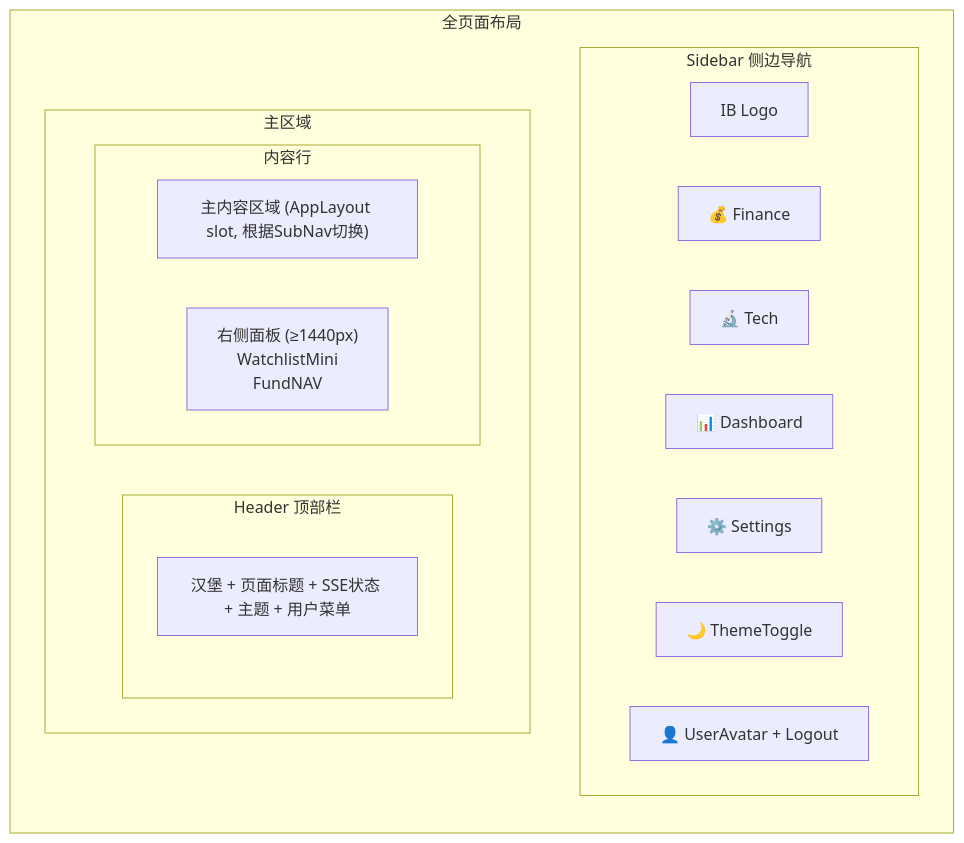
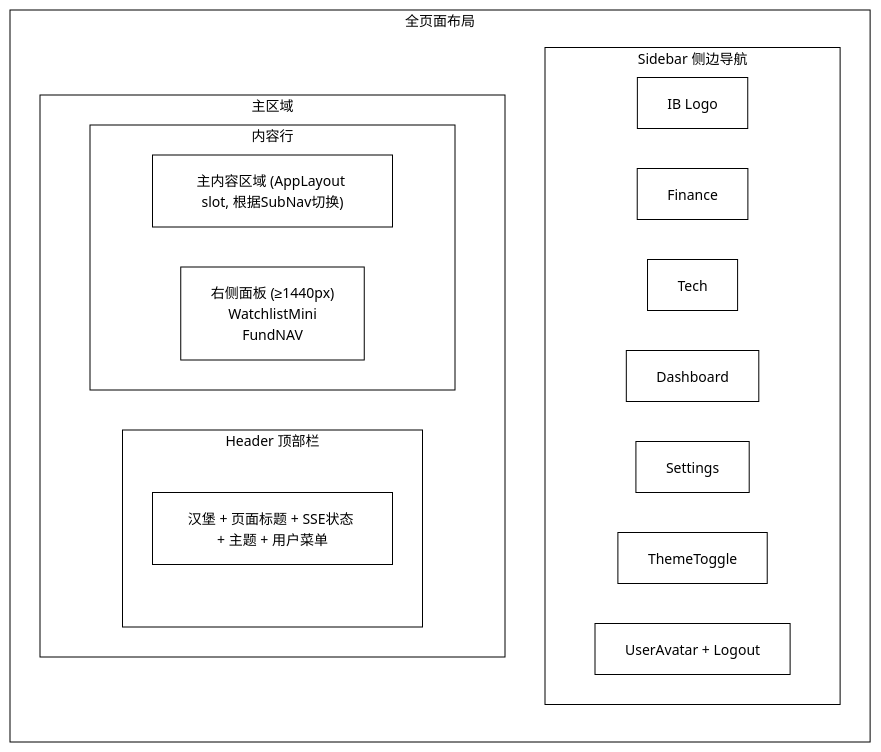
One commit to onceme/instantboard changed the third of 3 diagrams in docs/design/frontend.md. Above: the diagram before and after it, drawn with Mermaid. The commit also changed other lines of this file and 11 other files, not shown here.

Commit message:
docs: unify mermaid diagrams to black-and-white orthogonal style

````diff
--- a/docs/design/frontend.md
+++ b/docs/design/frontend.md
@@ -154,24 +165,25 @@
 ```mermaid
+%%{init: {"theme": "base", "themeVariables": {"background": "#ffffff", "primaryColor": "#ffffff", "primaryTextColor": "#000000", "primaryBorderColor": "#000000", "lineColor": "#000000", "secondaryColor": "#ffffff", "secondaryTextColor": "#000000", "secondaryBorderColor": "#000000", "tertiaryColor": "#ffffff", "tertiaryTextColor": "#000000", "tertiaryBorderColor": "#000000", "edgeLabelBackground": "#ffffff", "textColor": "#000000", "nodeTextColor": "#000000", "mainBkg": "#ffffff", "nodeBorder": "#000000", "clusterBkg": "#ffffff", "clusterBdr": "#000000", "clusterTextColor": "#000000", "titleColor": "#000000", "fontSize": "14px"}, "flowchart": {"curve": "step", "nodeSpacing": 40, "rankSpacing": 50, "wrappingWidth": 180, "useMaxWidth": true}}}%%
 graph LR
   subgraph fullpage["全页面布局"]
     subgraph sidebar["Sidebar 侧边导航"]
       Logo["IB Logo"]
-      NavFin["💰 Finance"]
-      NavTech["🔬 Tech"]
-      NavDash["📊 Dashboard"]
-      NavSet["⚙️ Settings"]
-      ThemeBtn["🌙 ThemeToggle"]
-      UserBtn["👤 UserAvatar + Logout"]
+      NavFin["Finance"]
+      NavTech["Tech"]
+      NavDash["Dashboard"]
+      NavSet["Settings"]
+      ThemeBtn["ThemeToggle"]
+      UserBtn["UserAvatar + Logout"]
     end
 
     subgraph mainarea["主区域"]
       subgraph header["Header 顶部栏"]
         HeaderContent["汉堡 + 页面标题 + SSE状态 + 主题 + 用户菜单"]
       end
       subgraph contentrow["内容行"]
         MainContent["主内容区域 (AppLayout slot, 根据SubNav切换)"]
         RightPanel["右侧面板 (≥1440px)<br/>WatchlistMini<br/>FundNAV"]
       end
     end
   end
 ```
````
